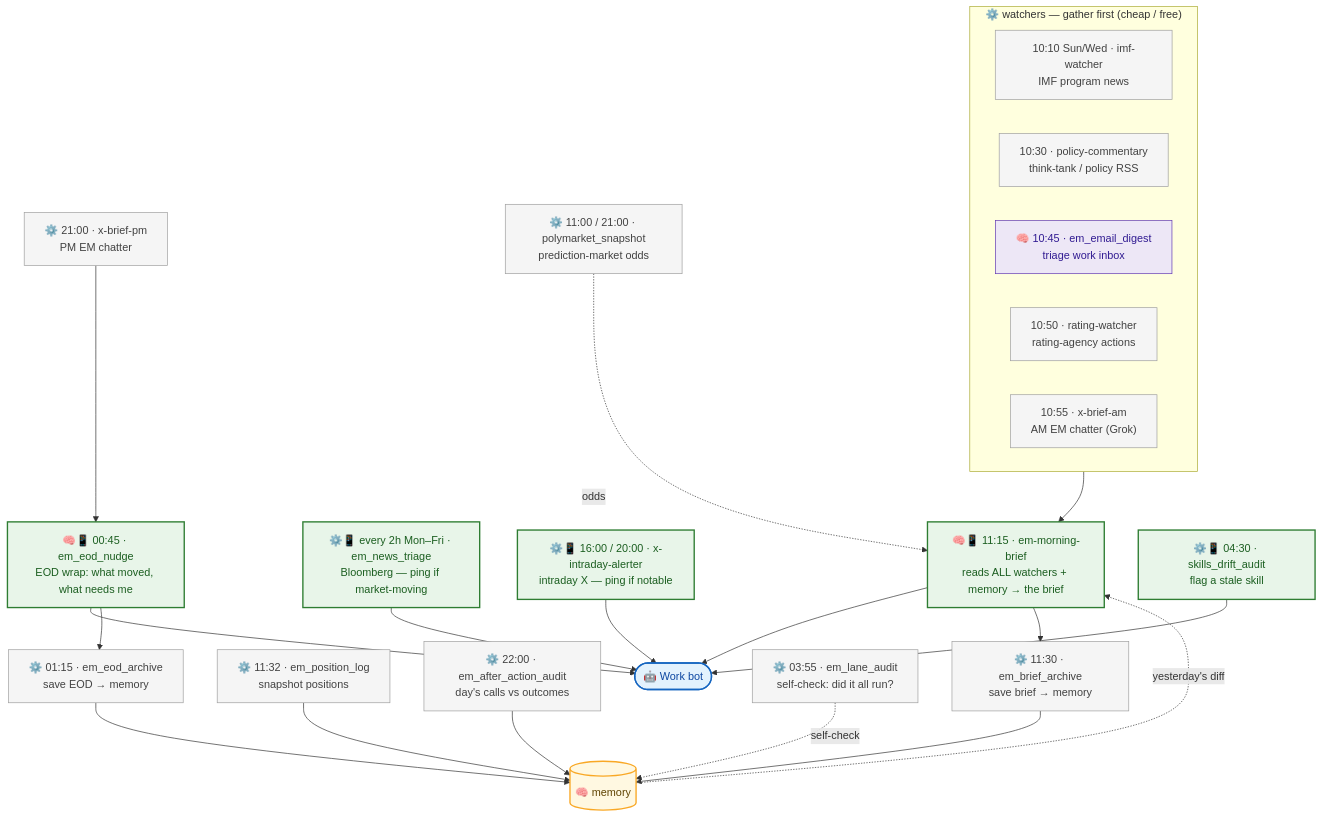
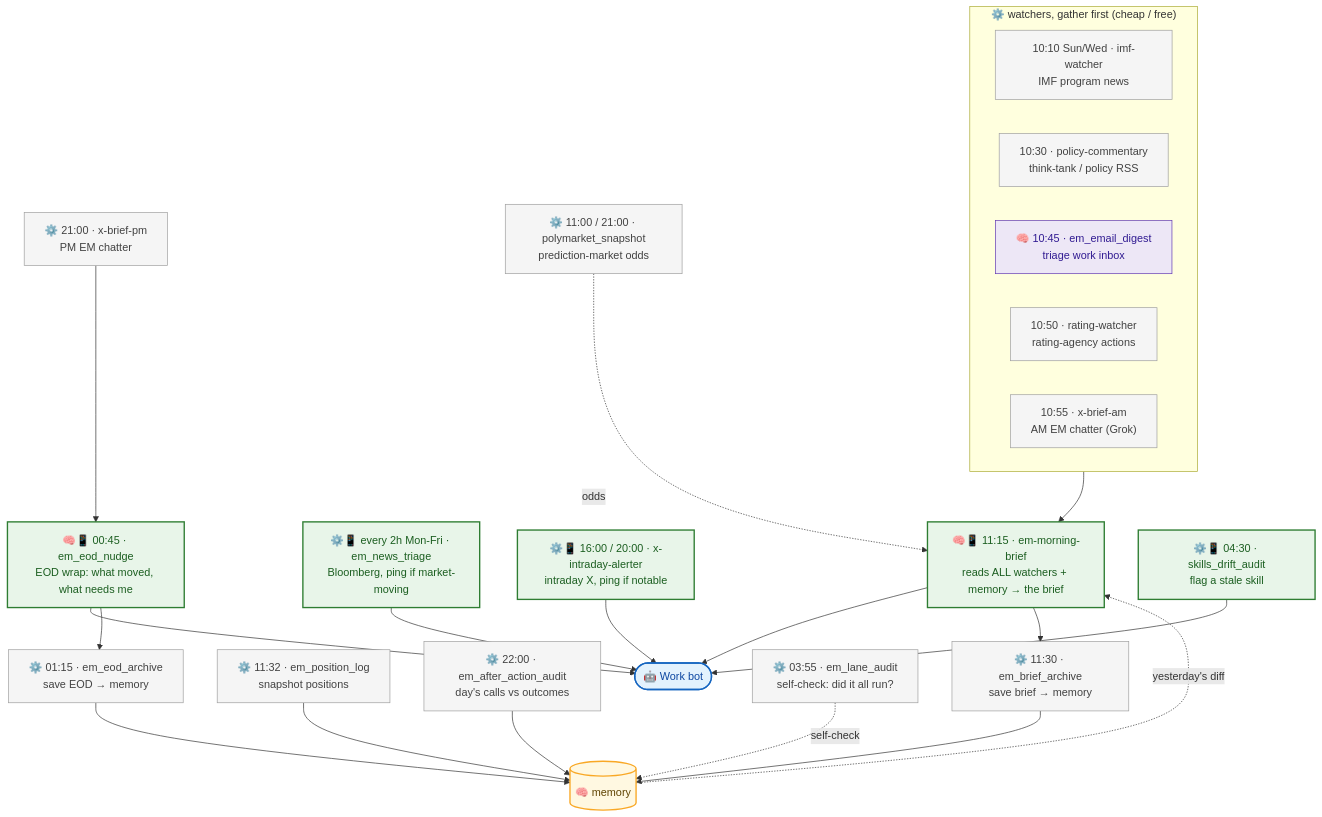
The second of 6 diagrams in docs/08-the-fleet-map.md (nickmuchi87/hermes-agents-showcase), drawn with Mermaid before and after one commit. The commit also changed other lines of this file and 16 other files, not shown here.

````diff
--- a/docs/08-the-fleet-map.md
+++ b/docs/08-the-fleet-map.md
@@ -69,46 +69,46 @@
 ```mermaid
 flowchart TB
-    subgraph WS["⚙️ watchers — gather first (cheap / free)"]
+    subgraph WS["⚙️ watchers, gather first (cheap / free)"]
         direction LR
         w_imf["10:10 Sun/Wed · imf-watcher<br/>IMF program news"]:::plumb
         w_pol["10:30 · policy-commentary<br/>think-tank / policy RSS"]:::plumb
         w_eml["🧠 10:45 · em_email_digest<br/>triage work inbox"]:::agent
         w_rat["10:50 · rating-watcher<br/>rating-agency actions"]:::plumb
         w_xam["10:55 · x-brief-am<br/>AM EM chatter (Grok)"]:::plumb
     end
     brief["🧠📱 11:15 · em-morning-brief<br/>reads ALL watchers + memory → the brief"]:::ping
     arch["⚙️ 11:30 · em_brief_archive<br/>save brief → memory"]:::plumb
     pos["⚙️ 11:32 · em_position_log<br/>snapshot positions"]:::plumb
     poly["⚙️ 11:00 / 21:00 · polymarket_snapshot<br/>prediction-market odds"]:::plumb
-    news2["⚙️📱 every 2h Mon–Fri · em_news_triage<br/>Bloomberg — ping if market-moving"]:::ping
-    intra["⚙️📱 16:00 / 20:00 · x-intraday-alerter<br/>intraday X — ping if notable"]:::ping
+    news2["⚙️📱 every 2h Mon-Fri · em_news_triage<br/>Bloomberg, ping if market-moving"]:::ping
+    intra["⚙️📱 16:00 / 20:00 · x-intraday-alerter<br/>intraday X, ping if notable"]:::ping
     xpm["⚙️ 21:00 · x-brief-pm<br/>PM EM chatter"]:::plumb
     aaa["⚙️ 22:00 · em_after_action_audit<br/>day's calls vs outcomes"]:::plumb
     eod["🧠📱 00:45 · em_eod_nudge<br/>EOD wrap: what moved, what needs me"]:::ping
     eoda["⚙️ 01:15 · em_eod_archive<br/>save EOD → memory"]:::plumb
     aud["⚙️ 03:55 · em_lane_audit<br/>self-check: did it all run?"]:::plumb
     drift["⚙️📱 04:30 · skills_drift_audit<br/>flag a stale skill"]:::ping
     mem[("🧠 memory")]:::mem
     bot(["🤖 Work bot"]):::bot
 
     WS --> brief
     mem -. "yesterday's diff" .-> brief
     poly -. "odds" .-> brief
     brief --> bot
     brief --> arch --> mem
     pos --> mem
     aaa --> mem
     xpm --> eod
     eod --> bot
     eod --> eoda --> mem
     news2 --> bot
     intra --> bot
     drift --> bot
     aud -. "self-check" .-> mem
 
     classDef agent fill:#ede7f6,stroke:#5e35b1,color:#311b92;
     classDef plumb fill:#f5f5f5,stroke:#9e9e9e,color:#424242;
     classDef ping fill:#e8f5e9,stroke:#2e7d32,color:#1b5e20,stroke-width:2px;
     classDef mem fill:#fff8e1,stroke:#f9a825,color:#5f4300,stroke-width:2px;
     classDef bot fill:#e3f2fd,stroke:#1565c0,color:#0d47a1,stroke-width:2px;
 ```
````
